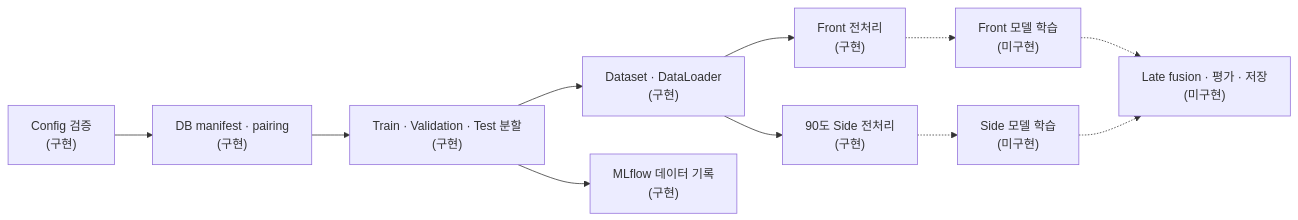
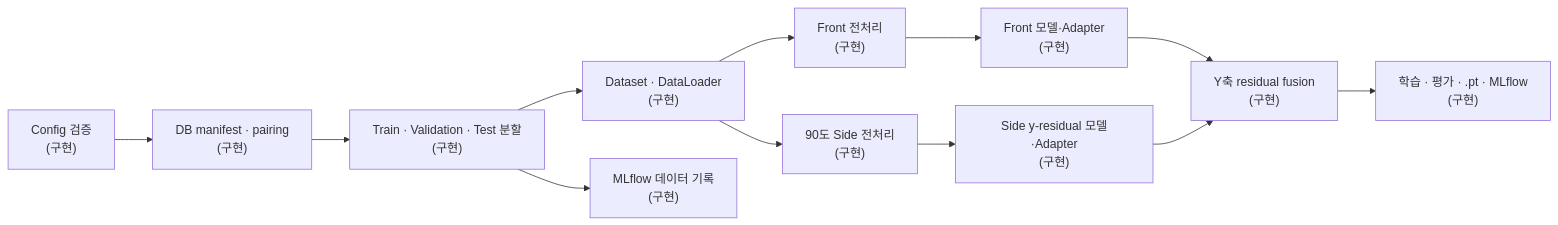
Before and after one commit to ggulNote/eye-tracking-ml: the diagram in README.md, drawn with Mermaid. The commit also changed other lines of this file and 42 other files, not shown here.

````diff
--- a/README.md
+++ b/README.md
@@ -9,13 +9,14 @@
 ```mermaid
 flowchart LR
     C["Config 검증<br/>(구현)"] --> M["DB manifest · pairing<br/>(구현)"]
     M --> S["Train · Validation · Test 분할<br/>(구현)"]
     S --> D["Dataset · DataLoader<br/>(구현)"]
     S --> R["MLflow 데이터 기록<br/>(구현)"]
     D --> F["Front 전처리<br/>(구현)"]
     D --> P["90도 Side 전처리<br/>(구현)"]
-    F -.-> FT["Front 모델 학습<br/>(미구현)"]
-    P -.-> ST["Side 모델 학습<br/>(미구현)"]
-    FT -.-> L["Late fusion · 평가 · 저장<br/>(미구현)"]
-    ST -.-> L
+    F --> FT["Front 모델·Adapter<br/>(구현)"]
+    P --> ST["Side y-residual 모델·Adapter<br/>(구현)"]
+    FT --> L["Y축 residual fusion<br/>(구현)"]
+    ST --> L
+    L --> E["학습 · 평가 · .pt · MLflow<br/>(구현)"]
 ```
````
